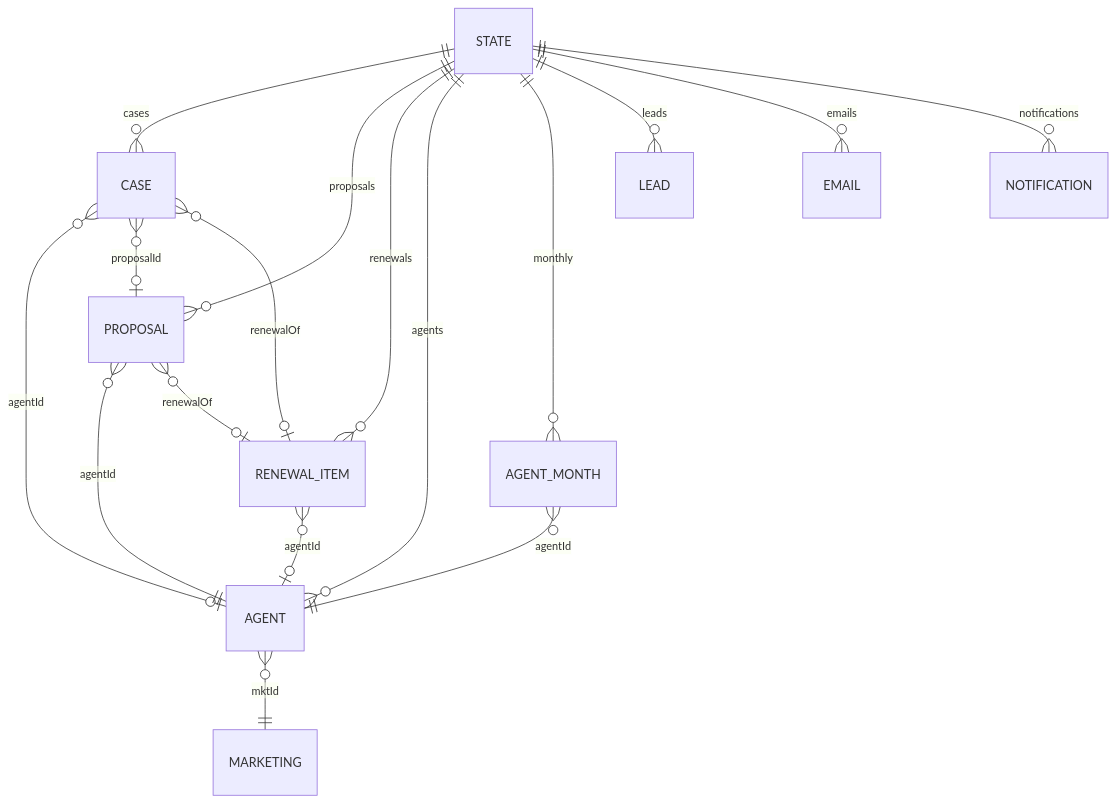
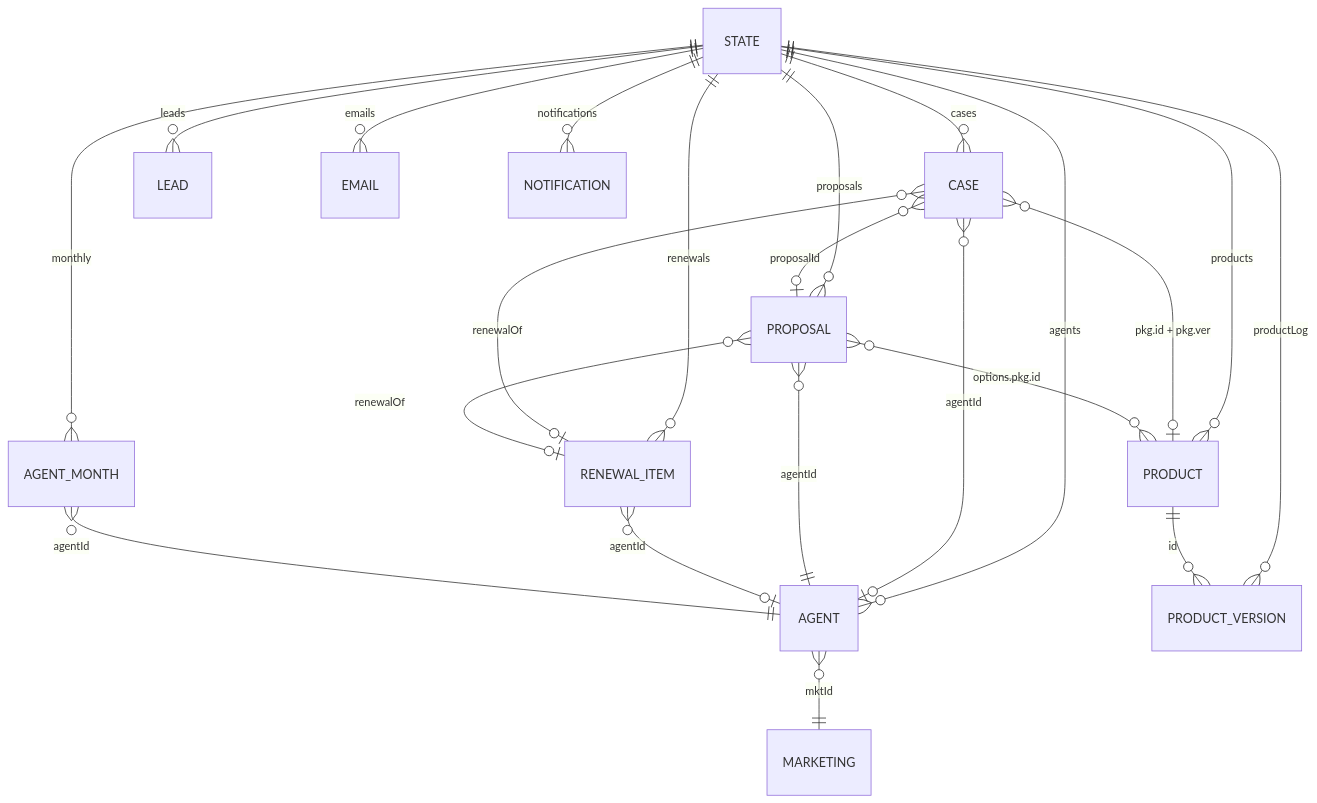
Before and after one commit to narongdechpas-coder/learn: the eighth of 8 diagrams in docs/SYSTEM_STRUCTURE.md, drawn with Mermaid. The commit also changed other lines of this file and 19 other files, not shown here.

````diff
--- a/docs/SYSTEM_STRUCTURE.md
+++ b/docs/SYSTEM_STRUCTURE.md
@@ -329,19 +387,24 @@
 ```mermaid
 erDiagram
   STATE ||--o{ CASE : cases
   STATE ||--o{ PROPOSAL : proposals
   STATE ||--o{ RENEWAL_ITEM : renewals
   STATE ||--o{ AGENT : agents
   STATE ||--o{ AGENT_MONTH : monthly
   STATE ||--o{ LEAD : leads
   STATE ||--o{ EMAIL : emails
   STATE ||--o{ NOTIFICATION : notifications
+  STATE ||--o{ PRODUCT : products
+  STATE ||--o{ PRODUCT_VERSION : productLog
+  PRODUCT ||--o{ PRODUCT_VERSION : id
+  CASE }o--o| PRODUCT : "pkg.id + pkg.ver"
+  PROPOSAL }o--o{ PRODUCT : "options.pkg.id"
   AGENT }o--|| MARKETING : mktId
   CASE }o--o| AGENT : agentId
   CASE }o--o| PROPOSAL : proposalId
   CASE }o--o| RENEWAL_ITEM : renewalOf
   PROPOSAL }o--|| AGENT : agentId
   PROPOSAL }o--o| RENEWAL_ITEM : renewalOf
   RENEWAL_ITEM }o--o| AGENT : agentId
   AGENT_MONTH }o--|| AGENT : agentId
 ```
````
